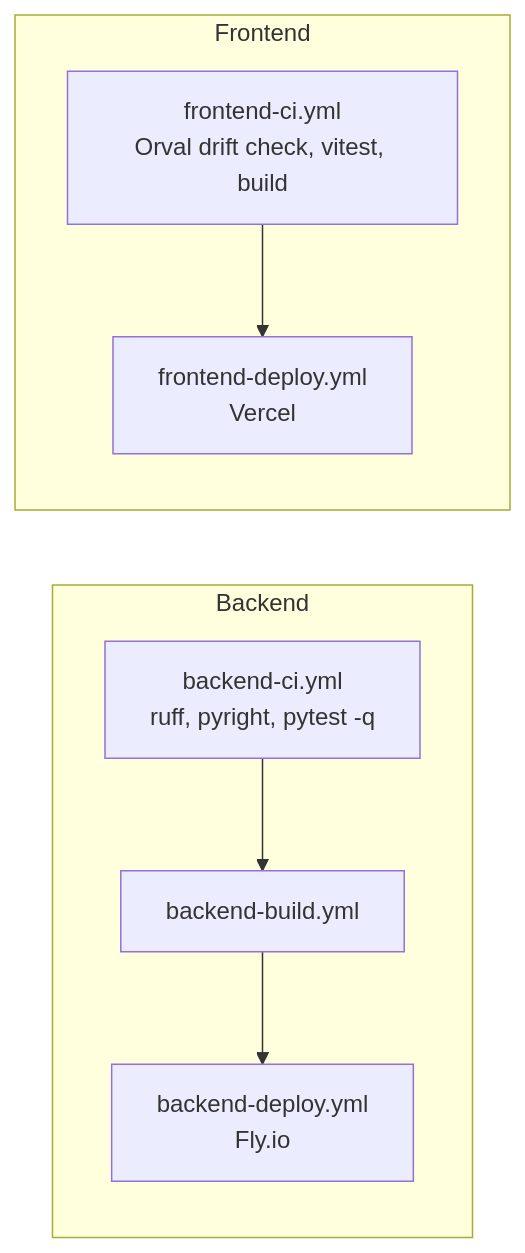
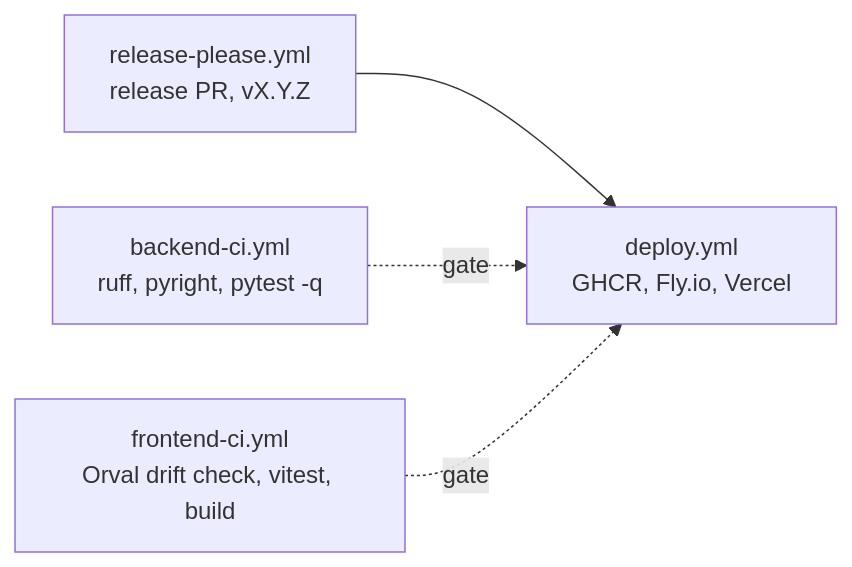
The seventh of 7 diagrams in docs/INTEGRATION_TESTING.md (gofrolist/calorie-track-ai-bot-api), drawn with Mermaid before and after one commit. The commit also changed other lines of this file and 15 other files, not shown here.

First line of the commit message:
ci: release with release-please, deploy on release, auto-merge Dependabot bumps

````diff
--- a/docs/INTEGRATION_TESTING.md
+++ b/docs/INTEGRATION_TESTING.md
@@ -357,17 +357,11 @@
 ```mermaid
 graph LR
-    subgraph "Backend"
-        BCI[backend-ci.yml<br/>ruff, pyright, pytest -q]
-        BBUILD[backend-build.yml]
-        BDEPLOY[backend-deploy.yml<br/>Fly.io]
-    end
+    BCI[backend-ci.yml<br/>ruff, pyright, pytest -q]
+    FCI[frontend-ci.yml<br/>Orval drift check, vitest, build]
+    RP[release-please.yml<br/>release PR, vX.Y.Z]
+    DEPLOY[deploy.yml<br/>GHCR, Fly.io, Vercel]
 
-    subgraph "Frontend"
-        FCI[frontend-ci.yml<br/>Orval drift check, vitest, build]
-        FDEPLOY[frontend-deploy.yml<br/>Vercel]
-    end
-
-    BCI --> BBUILD
-    BBUILD --> BDEPLOY
-    FCI --> FDEPLOY
+    RP --> DEPLOY
+    BCI -. gate .-> DEPLOY
+    FCI -. gate .-> DEPLOY
 ```
````
